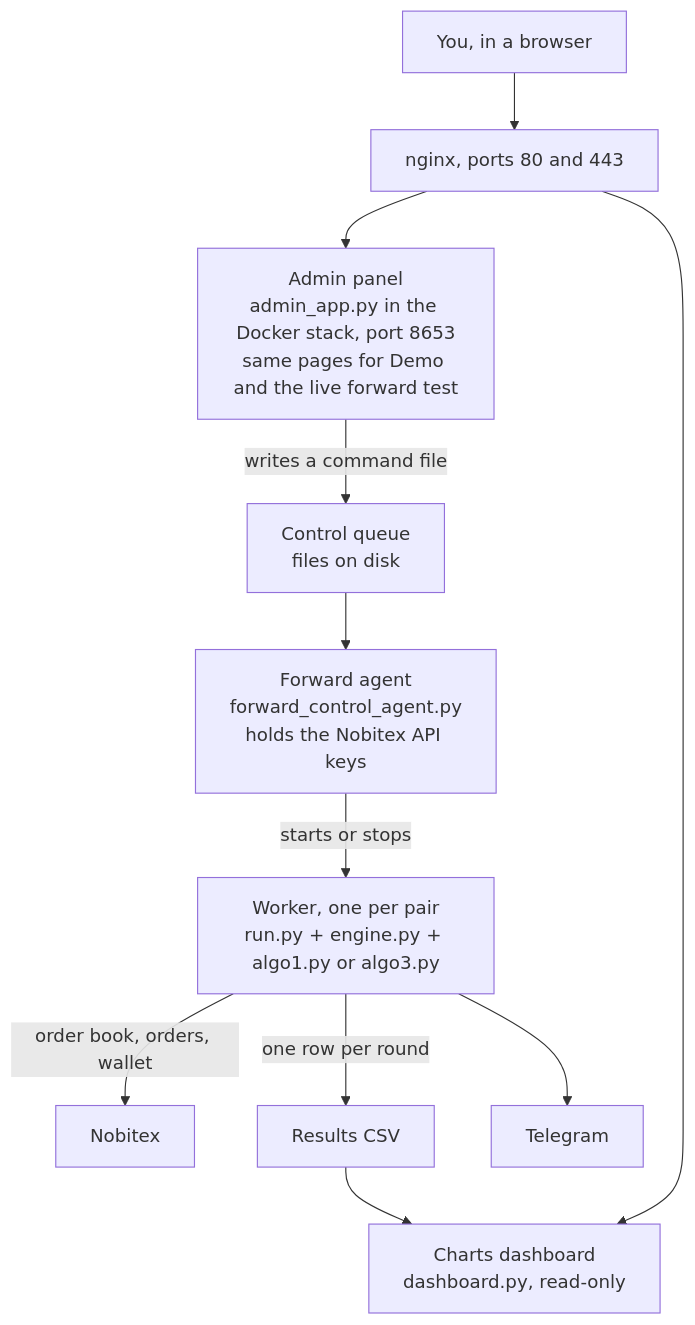
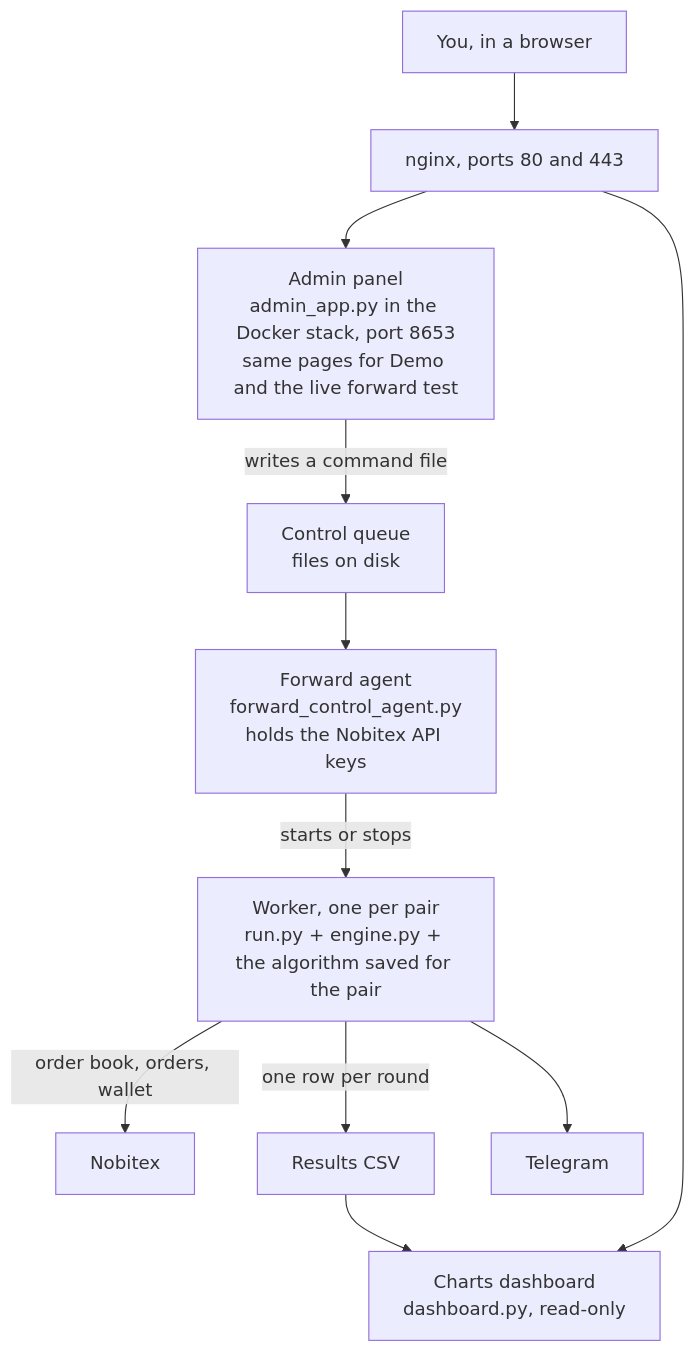
One commit to Alireza77n/Limit-Order-Book changed the first of 2 diagrams in PROJECT_GUIDE.md. Above: the diagram before and after it, drawn with Mermaid. The commit also changed other lines of this file and 56 other files, not shown here.

````diff
--- a/PROJECT_GUIDE.md
+++ b/PROJECT_GUIDE.md
@@ -62,13 +67,13 @@
 ```mermaid
 flowchart TD
     U[You, in a browser] --> N[nginx, ports 80 and 443]
     N --> A[Admin panel<br/>admin_app.py in the Docker stack, port 8653<br/>same pages for Demo and the live forward test]
     N --> D[Charts dashboard<br/>dashboard.py, read-only]
     A -->|writes a command file| Q[Control queue<br/>files on disk]
     Q --> G[Forward agent<br/>forward_control_agent.py<br/>holds the Nobitex API keys]
-    G -->|starts or stops| W[Worker, one per pair<br/>run.py + engine.py + algo1.py or algo3.py]
+    G -->|starts or stops| W[Worker, one per pair<br/>run.py + engine.py + the algorithm saved for the pair]
     W -->|order book, orders, wallet| X[Nobitex]
     W -->|one row per round| R[Results CSV]
     W --> T[Telegram]
     R --> D
 ```
````
